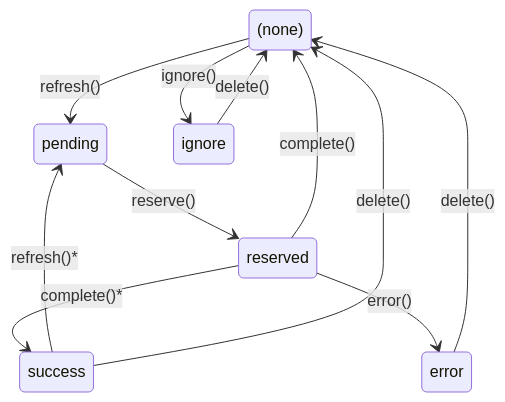
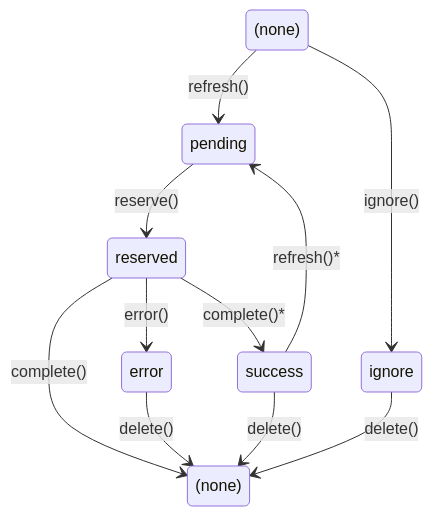
Before and after one commit to datajoint/datajoint-python: the diagram in docs/src/design/autopopulate-2.0-spec.md, drawn with Mermaid. The commit also changed other lines of this file, not shown here.

First line of the commit message:
Refine jobs spec: priority, delete, populate logic

````diff
--- a/docs/src/design/autopopulate-2.0-spec.md
+++ b/docs/src/design/autopopulate-2.0-spec.md
@@ -141,14 +141,15 @@
 ```mermaid
 stateDiagram-v2
-    state "(none)" as none
-    none --> pending : refresh()
-    none --> ignore : ignore()
+    state "(none)" as none1
+    state "(none)" as none2
+    none1 --> pending : refresh()
+    none1 --> ignore : ignore()
     pending --> reserved : reserve()
-    reserved --> none : complete()
+    reserved --> none2 : complete()
     reserved --> success : complete()*
     reserved --> error : error()
     success --> pending : refresh()*
-    error --> none : delete()
-    success --> none : delete()
-    ignore --> none : delete()
+    error --> none2 : delete()
+    success --> none2 : delete()
+    ignore --> none2 : delete()
 ```
````
